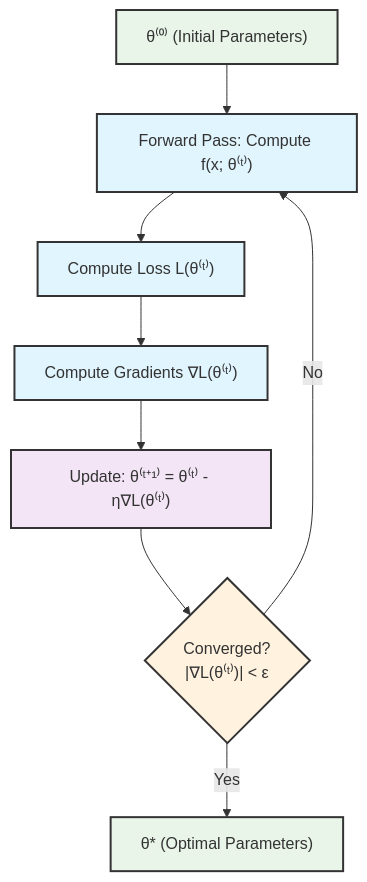
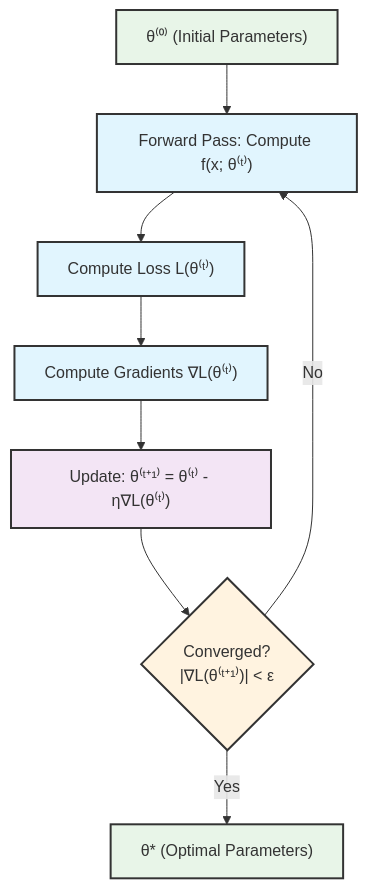
Before and after one commit to onnokleen/mlmetrics: the second of 3 diagrams in feed_forward_nns.qmd, drawn with Mermaid. The commit also changed other lines of this file and 1 other file, not shown here.

````diff
--- a/feed_forward_nns.qmd
+++ b/feed_forward_nns.qmd
@@ -509,32 +507,32 @@
 ```{mermaid}
 %%| label: fig-gd-process
 %%| fig-cap: "Flowchart of the gradient descent algorithm. Rectangular nodes represent computation steps (forward pass, loss evaluation, gradient computation, parameter update) and the diamond node is the convergence check. The loop continues until the gradient norm falls below a threshold $\\varepsilon$, at which point the current parameters are returned as the solution."
 flowchart TD
     %% Starting point
     START["θ⁽⁰⁾ (Initial Parameters)"] --> FORWARD["Forward Pass: Compute f(x; θ⁽ᵗ⁾)"]
     
     %% Forward computation
     FORWARD --> LOSS["Compute Loss L(θ⁽ᵗ⁾)"]
     
     %% Gradient computation
     LOSS --> GRAD["Compute Gradients ∇L(θ⁽ᵗ⁾)"]
     
     %% Parameter update
     GRAD --> UPDATE["Update: θ⁽ᵗ⁺¹⁾ = θ⁽ᵗ⁾ - η∇L(θ⁽ᵗ⁾)"]
     
     %% Convergence check
-    UPDATE --> CHECK{"Converged?<br/>|∇L(θ⁽ᵗ⁾)| < ε"}
+    UPDATE --> CHECK{"Converged?<br/>|∇L(θ⁽ᵗ⁺¹⁾)| < ε"}
     CHECK -->|No| FORWARD
     CHECK -->|Yes| OPTIMAL["θ* (Optimal Parameters)"]
     
     %% Styling
     classDef startend fill:#e8f5e8,stroke:#333,stroke-width:2px
     classDef process fill:#e1f5fe,stroke:#333,stroke-width:2px
     classDef decision fill:#fff3e0,stroke:#333,stroke-width:2px
     classDef update fill:#f3e5f5,stroke:#333,stroke-width:2px
     
     class START,OPTIMAL startend
     class FORWARD,LOSS,GRAD process
     class CHECK decision
     class UPDATE update
 ```
````
